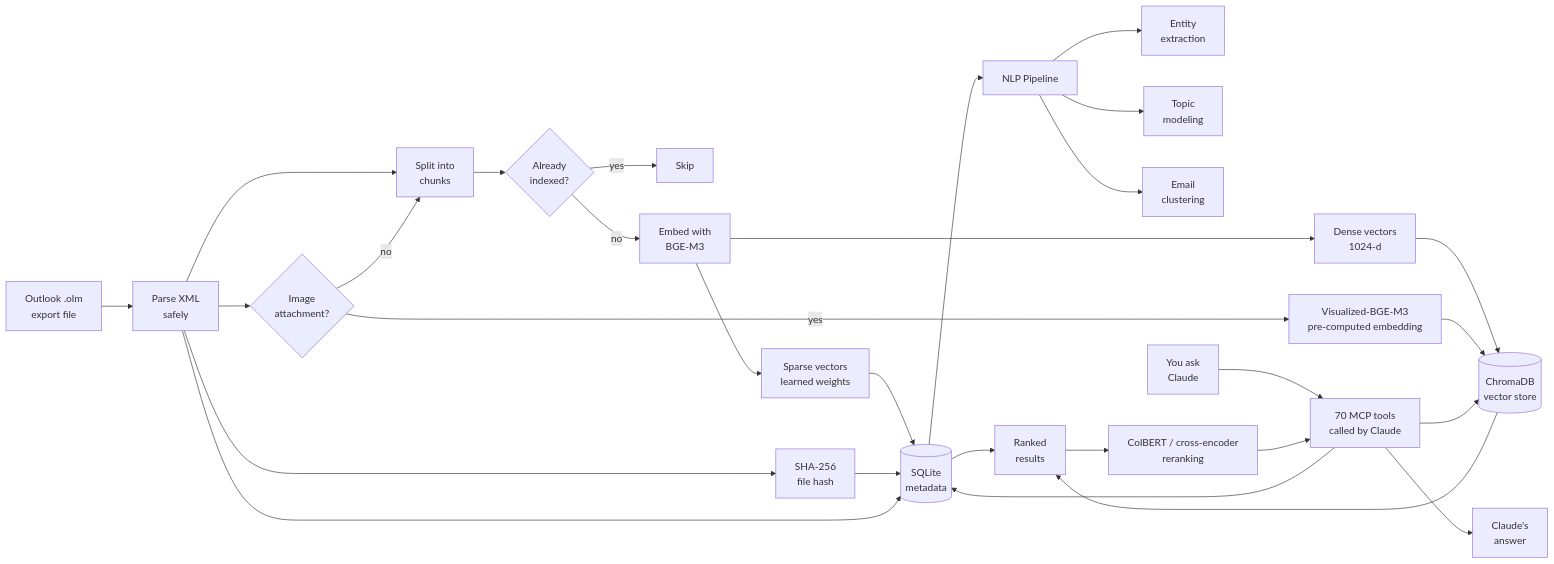
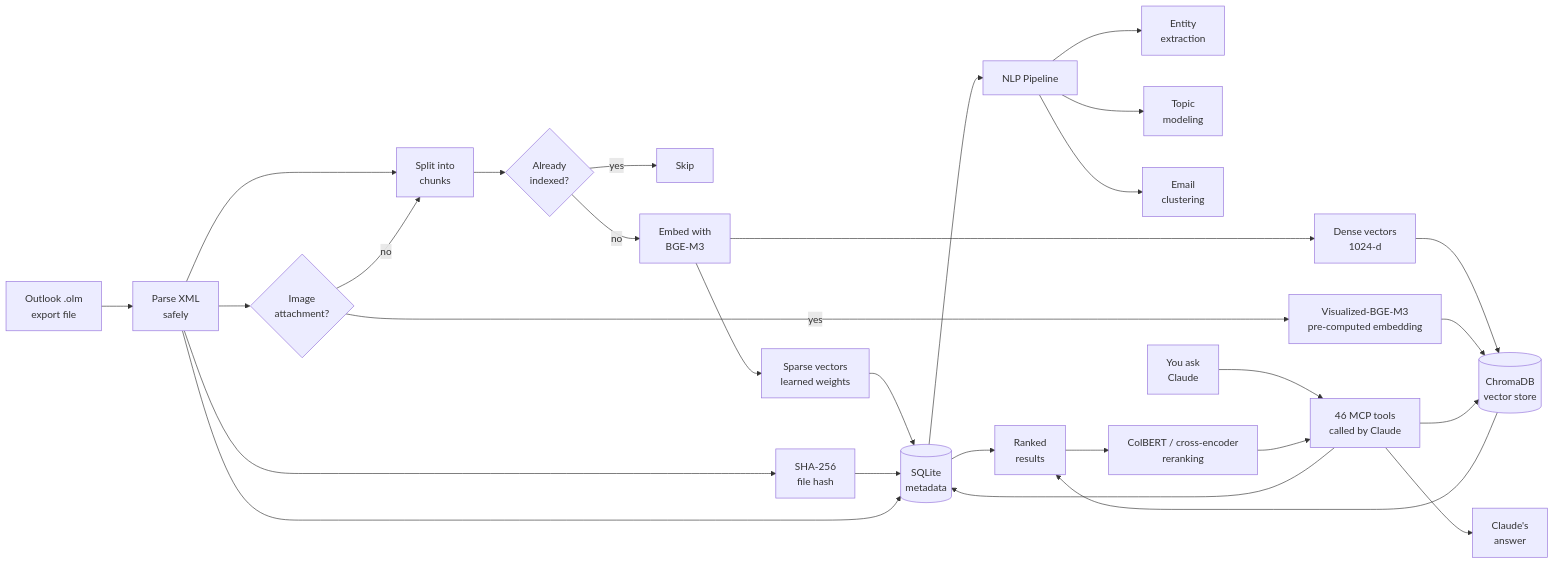
Before and after one commit to sebastianspicker/outlook-email-rag: the first of 8 diagrams in README.md, drawn with Mermaid. The commit also changed other lines of this file and 44 other files, not shown here.

First line of the commit message:
feat: consolidate MCP tools 72→46, add model profiles, scan sessions, response budgeting, and fix 6 bugs

````diff
--- a/README.md
+++ b/README.md
@@ -36,34 +36,34 @@
 ```mermaid
 flowchart LR
     A["Outlook .olm\nexport file"] --> B["Parse XML\nsafely"]
     B --> B1["SHA-256\nfile hash"]
     B --> C["Split into\nchunks"]
     C --> D{"Already\nindexed?"}
     D -- yes --> E["Skip"]
     D -- no --> F["Embed with\nBGE-M3"]
     F --> F1["Dense vectors\n1024-d"]
     F --> F2["Sparse vectors\nlearned weights"]
     F1 --> G[("ChromaDB\nvector store")]
     F2 --> H[("SQLite\nmetadata")]
     B1 --> H
     B --> H
 
     B --> ATT{"Image\nattachment?"}
     ATT -- yes --> IMG["Visualized-BGE-M3\npre-computed embedding"]
     IMG --> G
     ATT -- no --> C
 
     H --> NLP["NLP Pipeline"]
     NLP --> N1["Entity\nextraction"]
     NLP --> N2["Topic\nmodeling"]
     NLP --> N3["Email\nclustering"]
 
-    I["You ask\nClaude"] --> J["70 MCP tools\ncalled by Claude"]
+    I["You ask\nClaude"] --> J["46 MCP tools\ncalled by Claude"]
     J --> G
     J --> H
     G --> K["Ranked\nresults"]
     H --> K
     K --> R["ColBERT / cross-encoder\nreranking"]
     R --> J
     J --> L["Claude's\nanswer"]
 ```
````
